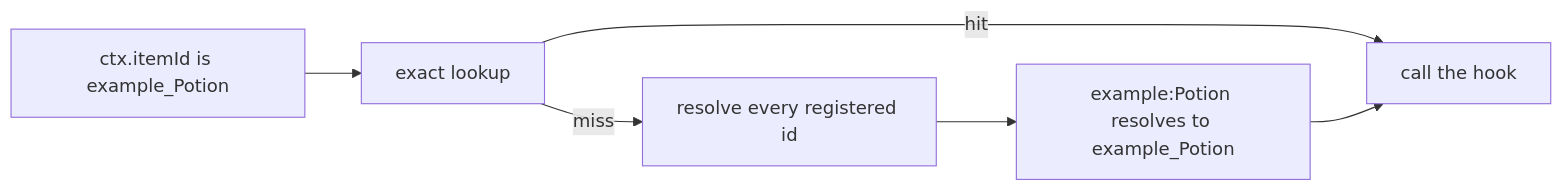
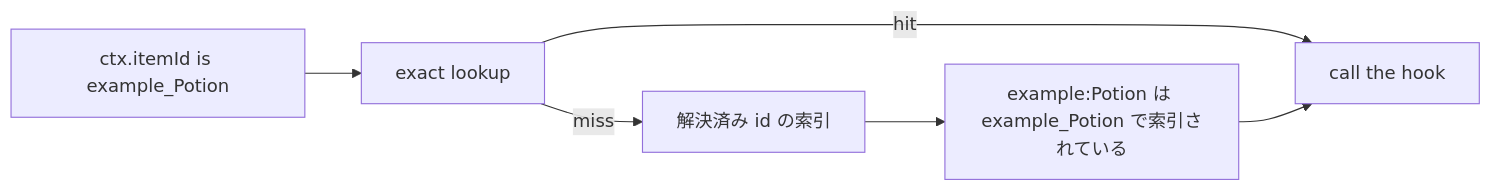
Before and after one commit to dr-mikan/PalForge: the third of 5 diagrams in docs/content/docs/api/item.ja.mdx, drawn with Mermaid. The commit also changed other lines of this file and 190 other files, not shown here.

````diff
--- a/docs/content/docs/api/item.ja.mdx
+++ b/docs/content/docs/api/item.ja.mdx
@@ -248,8 +275,8 @@
 ```mermaid
 flowchart LR
   A["ctx.itemId is example_Potion"] --> B[exact lookup]
   B -->|hit| C[call the hook]
-  B -->|miss| D[resolve every registered id]
-  D --> E["example:Potion resolves to example_Potion"]
+  B -->|miss| D["解決済み id の索引"]
+  D --> E["example:Potion は example_Potion で索引されている"]
   E --> C
 ```
````
